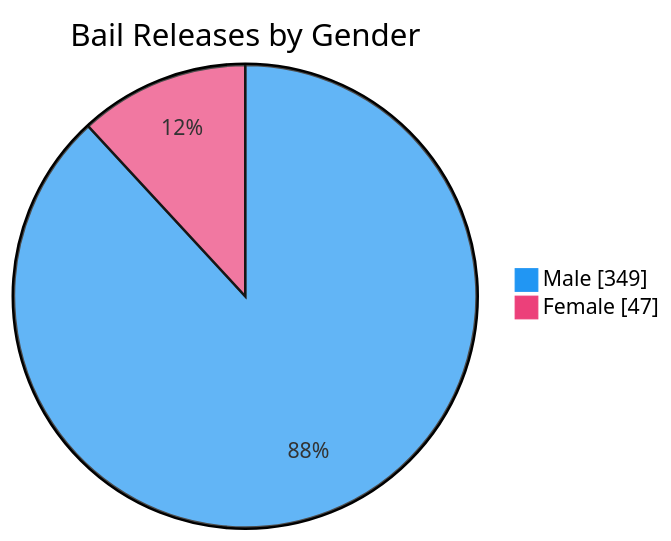
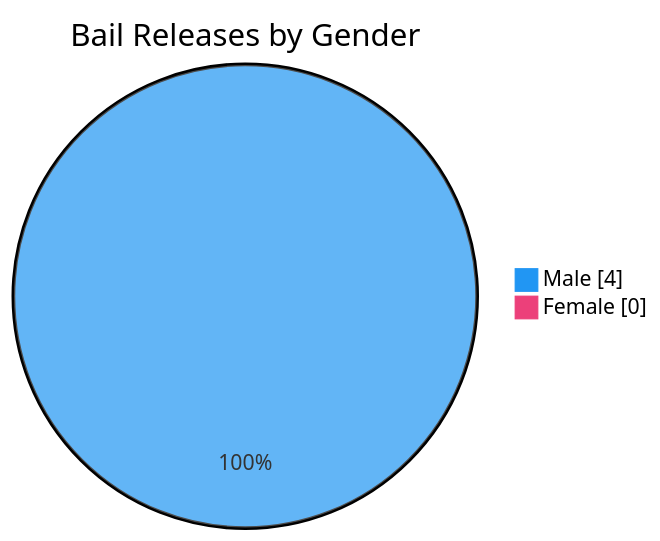
One commit to nuuuwan/lk_prisons changed the seventh of 7 diagrams in README.md. Above: the diagram before and after it, drawn with Mermaid. The commit also changed other lines of this file and 1 other file, not shown here.

````diff
--- a/README.md
+++ b/README.md
@@ -109,6 +109,6 @@
 ```mermaid
 %%{init: {'themeVariables': {'pie1': '#2196F3', 'pie2': '#EC407A'}}}%%
 pie showData title Bail Releases by Gender
-    "Male" : 349
-    "Female" : 47
+    "Male" : 4
+    "Female" : 0
 ```
````
